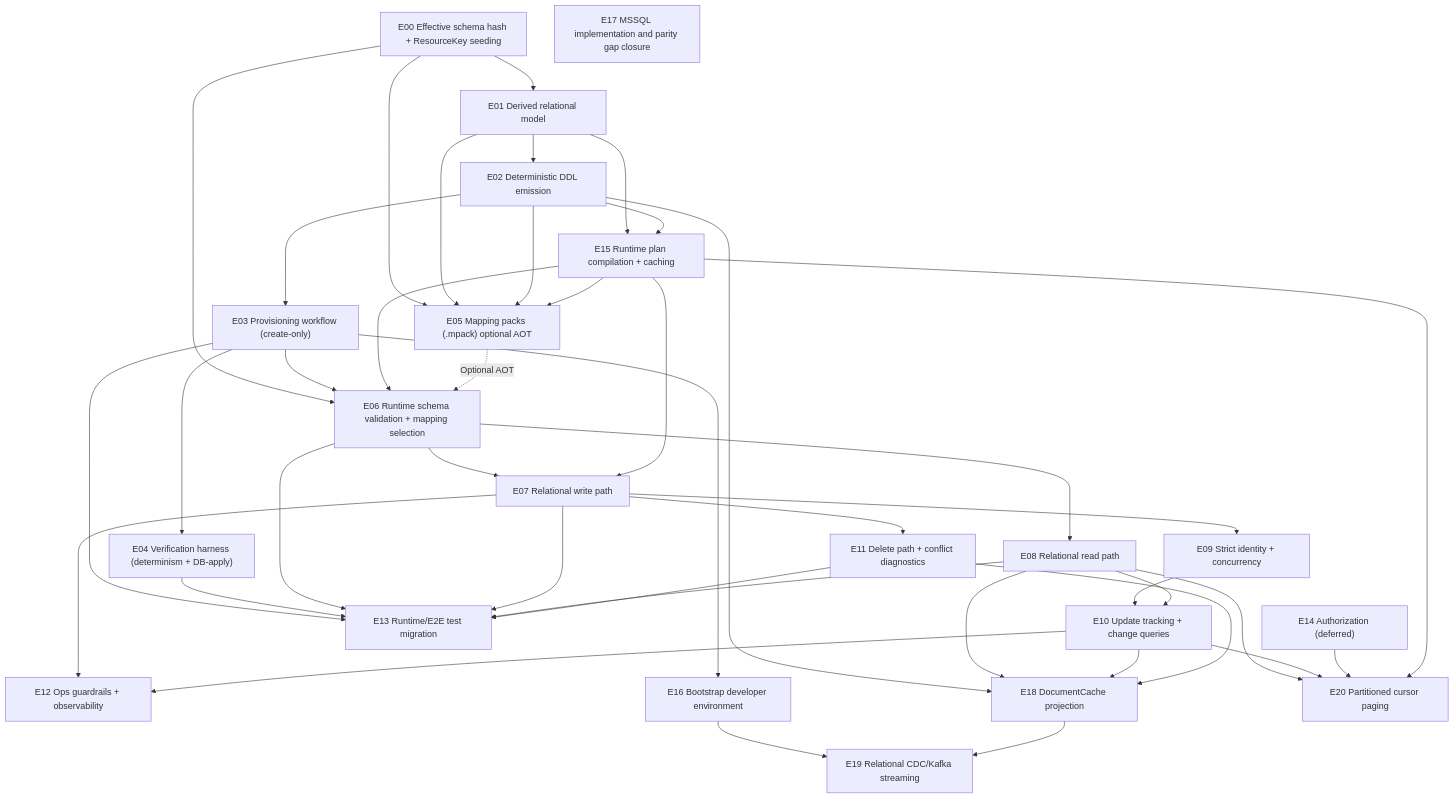
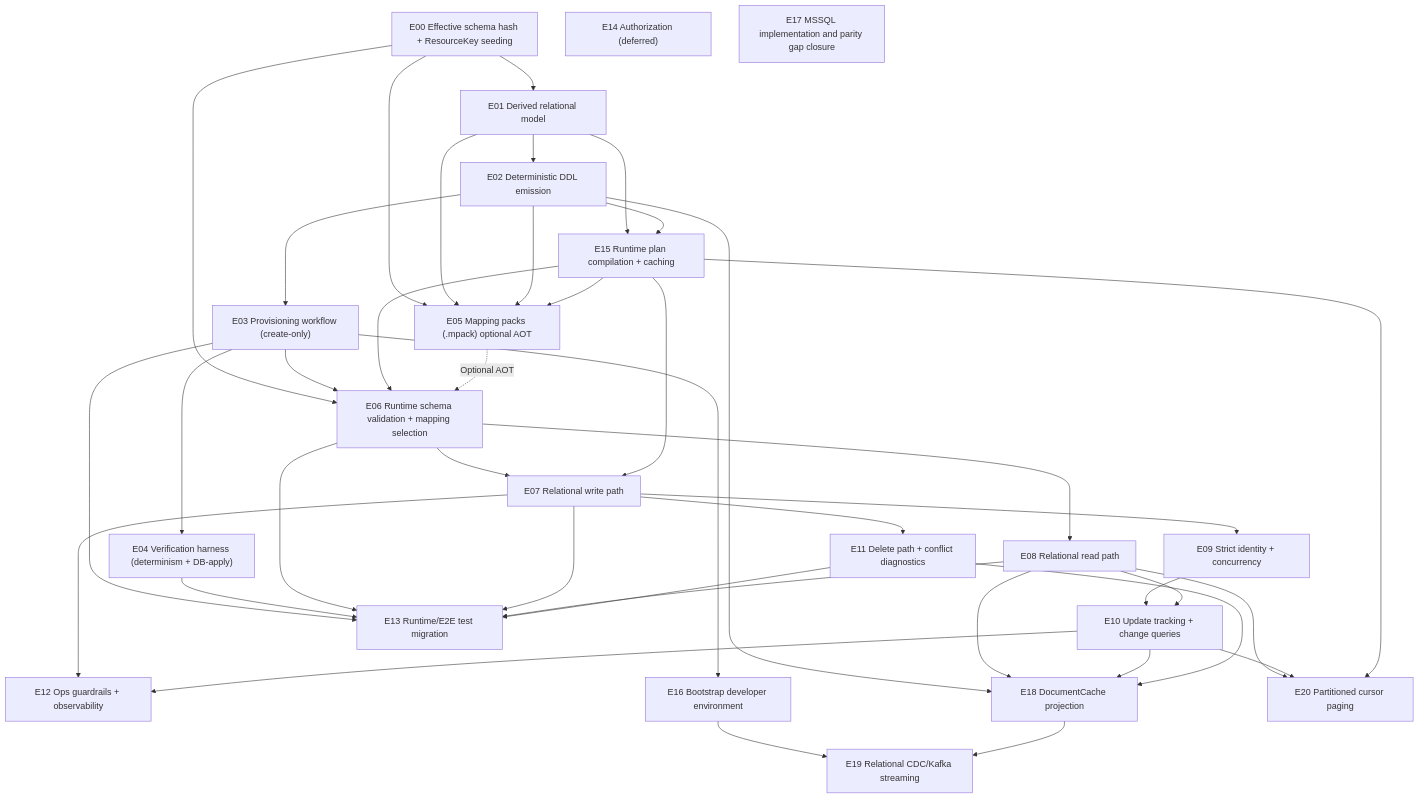
The diagram in reference/design/backend-redesign/epics/DEPENDENCIES.md (Ed-Fi-Alliance-OSS/Data-Management-Service), drawn with Mermaid before and after one commit. The commit also changed other lines of this file and 14 other files, not shown here.

````diff
--- a/reference/design/backend-redesign/epics/DEPENDENCIES.md
+++ b/reference/design/backend-redesign/epics/DEPENDENCIES.md
@@ -26,71 +26,70 @@
 ```mermaid
 graph TD
   E00["E00 Effective schema hash + ResourceKey seeding"]
   E01["E01 Derived relational model"]
   E02["E02 Deterministic DDL emission"]
   E03["E03 Provisioning workflow (create-only)"]
   E04["E04 Verification harness (determinism + DB-apply)"]
   E05["E05 Mapping packs (.mpack) optional AOT"]
   E06["E06 Runtime schema validation + mapping selection"]
   E07["E07 Relational write path"]
   E08["E08 Relational read path"]
   E09["E09 Strict identity + concurrency"]
   E10["E10 Update tracking + change queries"]
   E11["E11 Delete path + conflict diagnostics"]
   E12["E12 Ops guardrails + observability"]
   E13["E13 Runtime/E2E test migration"]
   E14["E14 Authorization (deferred)"]
   E15["E15 Runtime plan compilation + caching"]
   E16["E16 Bootstrap developer environment"]
   E17["E17 MSSQL implementation and parity gap closure"]
   E18["E18 DocumentCache projection"]
   E19["E19 Relational CDC/Kafka streaming"]
   E20["E20 Partitioned cursor paging"]
 
   E00 --> E01 --> E02 --> E03 --> E04
 
   E01 --> E15
   E02 --> E15
 
   E00 --> E05
   E01 --> E05
   E02 --> E05
   E15 --> E05
 
   E00 --> E06
   E03 --> E06
   E15 --> E06
   E05 -. Optional AOT .-> E06
 
   E06 --> E07 --> E09 --> E10
   E15 --> E07
   E06 --> E08 --> E10
   E07 --> E11
   E07 --> E12
   E10 --> E12
 
   E03 --> E13
   E04 --> E13
   E06 --> E13
   E07 --> E13
   E08 --> E13
   E11 --> E13
 
   E03 --> E16
 
   E02 --> E18
   E08 --> E18
   E10 --> E18
   E11 --> E18
 
   E16 --> E19
   E18 --> E19
 
   E08 --> E20
   E10 --> E20
-  E14 --> E20
   E15 --> E20
 
   E14
   E17
 ```
````
